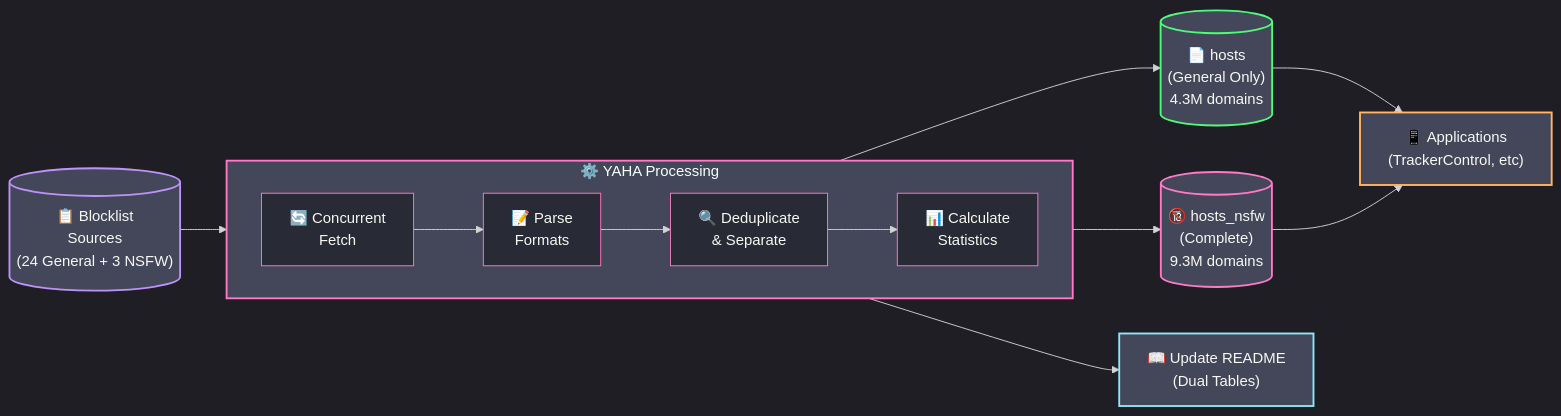
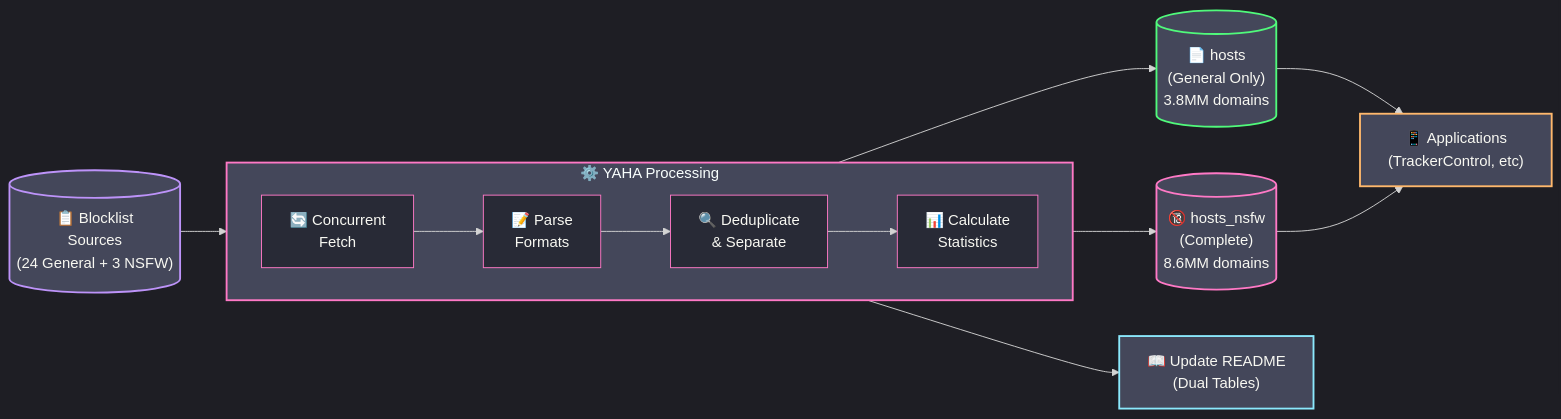
The diagram in README.md (scottdraper8/yaha), drawn with Mermaid before and after one commit. The commit also changed other lines of this file, not shown here.

````diff
--- a/README.md
+++ b/README.md
@@ -42,35 +42,35 @@
 ```mermaid
 %%{init: {'theme': 'dark', 'themeVariables': {
     'primaryColor': '#ff79c6',
     'secondaryColor': '#bd93f9',
     'tertiaryColor': '#44475a',
     'mainBkg': '#282a36',
     'nodeBorder': '#ff79c6',
     'clusterBkg': '#44475a',
     'clusterBorder': '#bd93f9',
     'textColor': '#f8f8f2'
 }}}%%
 flowchart LR
     Sources[("📋 Blocklist<br/>Sources<br/>(24 General + 3 NSFW)")] --> Fetch
 
     subgraph Process["⚙️ YAHA Processing"]
         direction LR
         Fetch["🔄 Concurrent<br/>Fetch"] --> Parse["📝 Parse<br/>Formats"]
         Parse --> Dedupe["🔍 Deduplicate<br/>& Separate"]
         Dedupe --> Stats["📊 Calculate<br/>Statistics"]
     end
 
-    Stats --> Output1[("📄 hosts<br/>(General Only)<br/>4.3M domains")]
-    Stats --> Output2[("🔞 hosts_nsfw<br/>(Complete)<br/>9.3M domains")]
+    Stats --> Output1[("📄 hosts<br/>(General Only)<br/>3.8MM domains")]
+    Stats --> Output2[("🔞 hosts_nsfw<br/>(Complete)<br/>8.6MM domains")]
     Stats --> README["📖 Update README<br/>(Dual Tables)"]
 
     Output1 --> Apps["📱 Applications<br/>(TrackerControl, etc)"]
     Output2 --> Apps
 
     style Sources fill:#44475a,stroke:#bd93f9,stroke-width:2px
     style Process fill:#44475a,stroke:#ff79c6,stroke-width:2px
     style Output1 fill:#44475a,stroke:#50fa7b,stroke-width:2px
     style Output2 fill:#44475a,stroke:#ff79c6,stroke-width:2px
     style README fill:#44475a,stroke:#8be9fd,stroke-width:2px
     style Apps fill:#44475a,stroke:#ffb86c,stroke-width:2px
 ```
````
